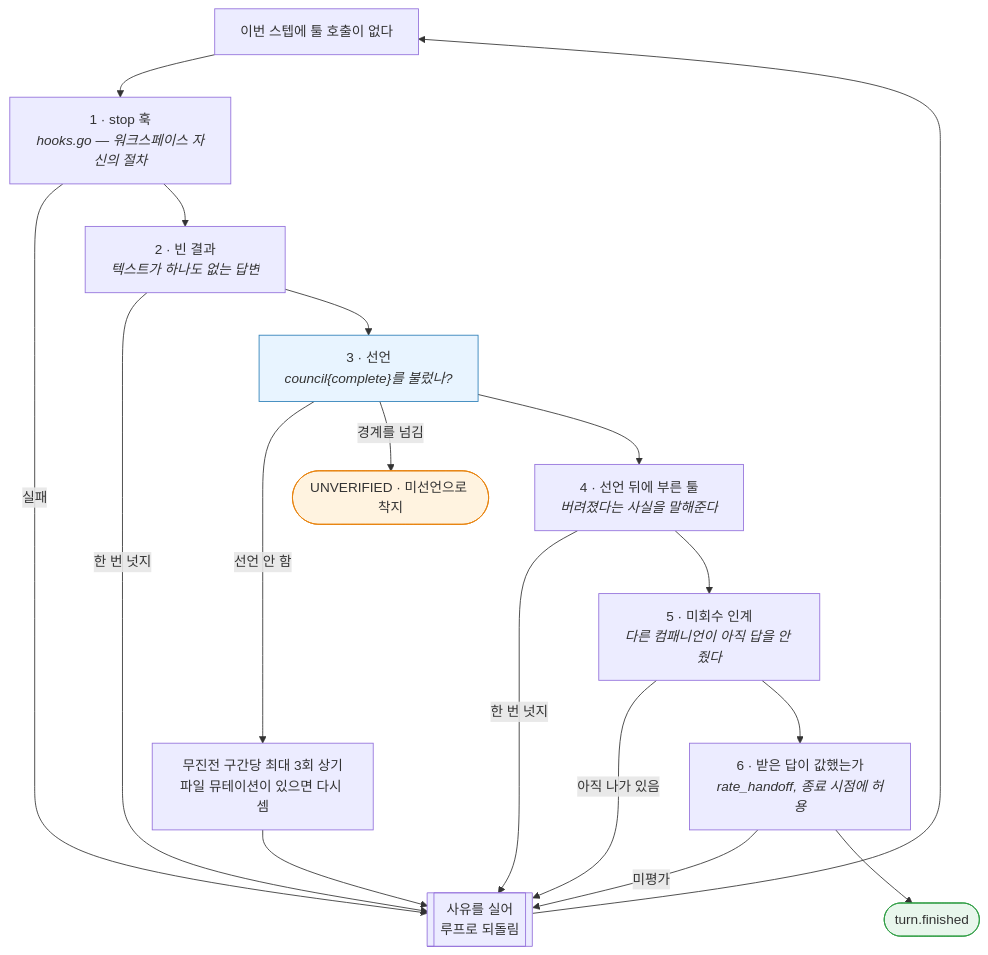
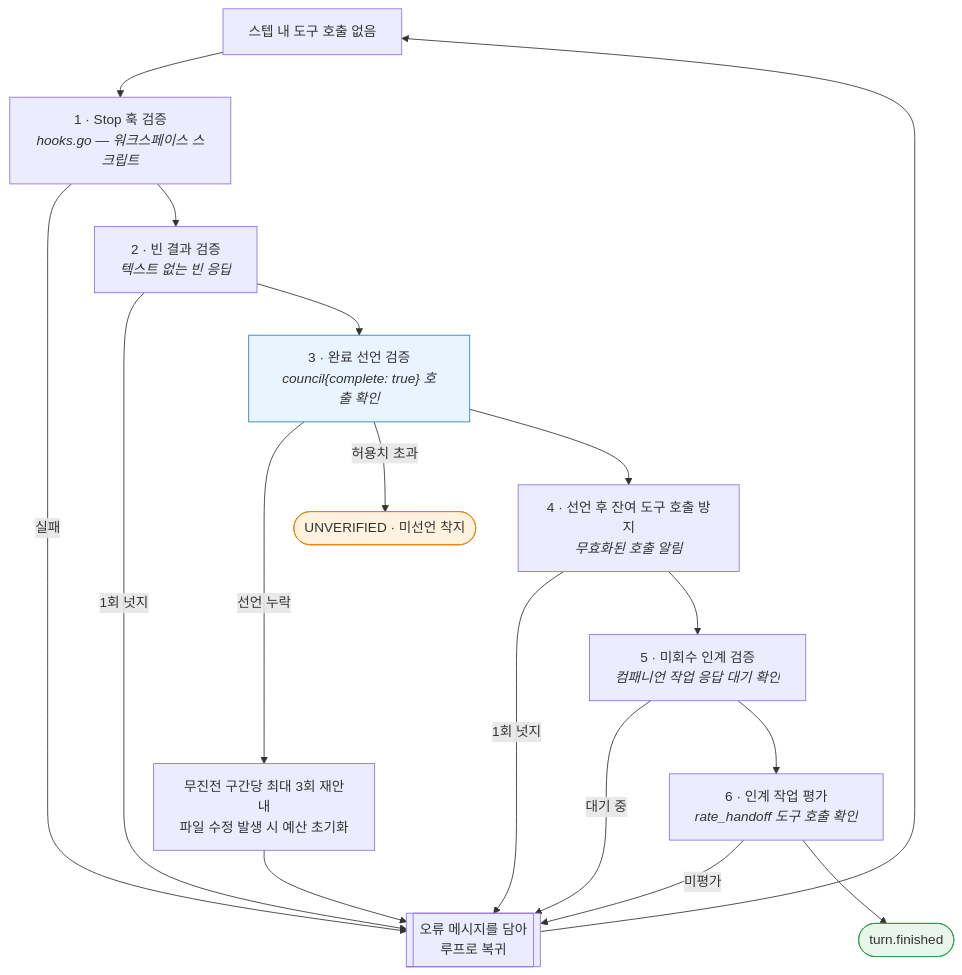
One commit to sayaya1090/magi changed the fifth of 6 diagrams in docs/ARCHITECTURE.ko.md. Above: the diagram before and after it, drawn with Mermaid. The commit also changed other lines of this file, not shown here.

Commit message:
docs(architecture): 아키텍처 문서 내 서술을 표준 엔지니어링 문체로 전면 교정

````diff
--- a/docs/ARCHITECTURE.ko.md
+++ b/docs/ARCHITECTURE.ko.md
@@ -604,23 +420,23 @@
 ```mermaid
 flowchart TD
-    Z[이번 스텝에 툴 호출이 없다] --> H1["1 · stop 훅<br/><i>hooks.go — 워크스페이스 자신의 절차</i>"]
-    H1 -->|실패| BACK[["사유를 실어<br/>루프로 되돌림"]]
-    H1 --> H2["2 · 빈 결과<br/><i>텍스트가 하나도 없는 답변</i>"]
-    H2 -->|한 번 넛지| BACK
-    H2 --> H3["3 · 선언<br/><i>council{complete}를 불렀나?</i>"]
-    H3 -->|선언 안 함| REM["무진전 구간당 최대 3회 상기<br/>파일 뮤테이션이 있으면 다시 셈"]
+    Z[스텝 내 도구 호출 없음] --> H1["1 · Stop 훅 검증<br/><i>hooks.go — 워크스페이스 스크립트</i>"]
+    H1 -->|실패| BACK[["오류 메시지를 담아<br/>루프로 복귀"]]
+    H1 --> H2["2 · 빈 결과 검증<br/><i>텍스트 없는 빈 응답</i>"]
+    H2 -->|1회 넛지| BACK
+    H2 --> H3["3 · 완료 선언 검증<br/><i>council{complete: true} 호출 확인</i>"]
+    H3 -->|선언 누락| REM["무진전 구간당 최대 3회 재안내<br/>파일 수정 발생 시 예산 초기화"]
     REM --> BACK
-    H3 -->|경계를 넘김| UNV([UNVERIFIED · 미선언으로 착지])
-    H3 --> H4["4 · 선언 뒤에 부른 툴<br/><i>버려졌다는 사실을 말해준다</i>"]
-    H4 -->|한 번 넛지| BACK
-    H4 --> H5["5 · 미회수 인계<br/><i>다른 컴패니언이 아직 답을 안 줬다</i>"]
-    H5 -->|아직 나가 있음| BACK
-    H5 --> H6["6 · 받은 답이 값했는가<br/><i>rate_handoff, 종료 시점에 허용</i>"]
+    H3 -->|허용치 초과| UNV([UNVERIFIED · 미선언 착지])
+    H3 --> H4["4 · 선언 후 잔여 도구 호출 방지<br/><i>무효화된 호출 알림</i>"]
+    H4 -->|1회 넛지| BACK
+    H4 --> H5["5 · 미회수 인계 검증<br/><i>컴패니언 작업 응답 대기 확인</i>"]
+    H5 -->|대기 중| BACK
+    H5 --> H6["6 · 인계 작업 평가<br/><i>rate_handoff 도구 호출 확인</i>"]
     H6 -->|미평가| BACK
     H6 --> END([turn.finished])
     BACK --> Z
 
     style END fill:#e8f6ec,stroke:#2f9e44
     style UNV fill:#fff3e0,stroke:#e8820c
     style H3 fill:#e8f4ff,stroke:#2c7fb8
 ```
````
